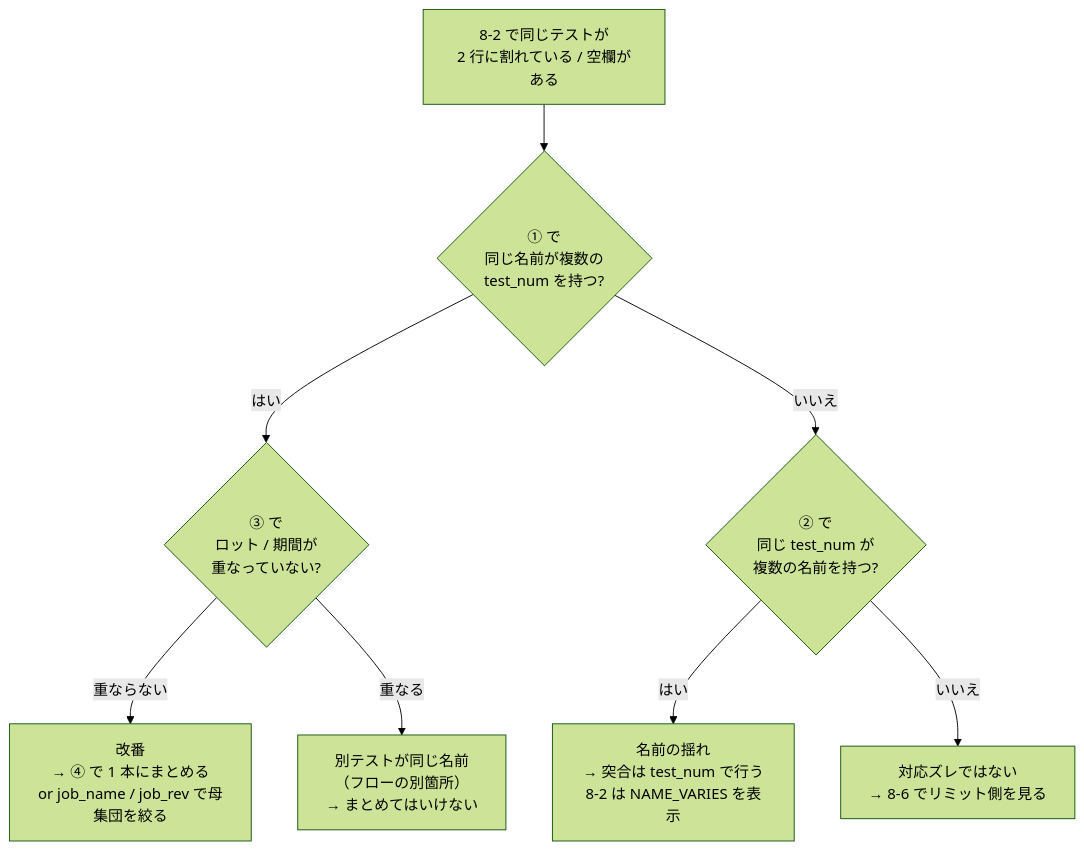
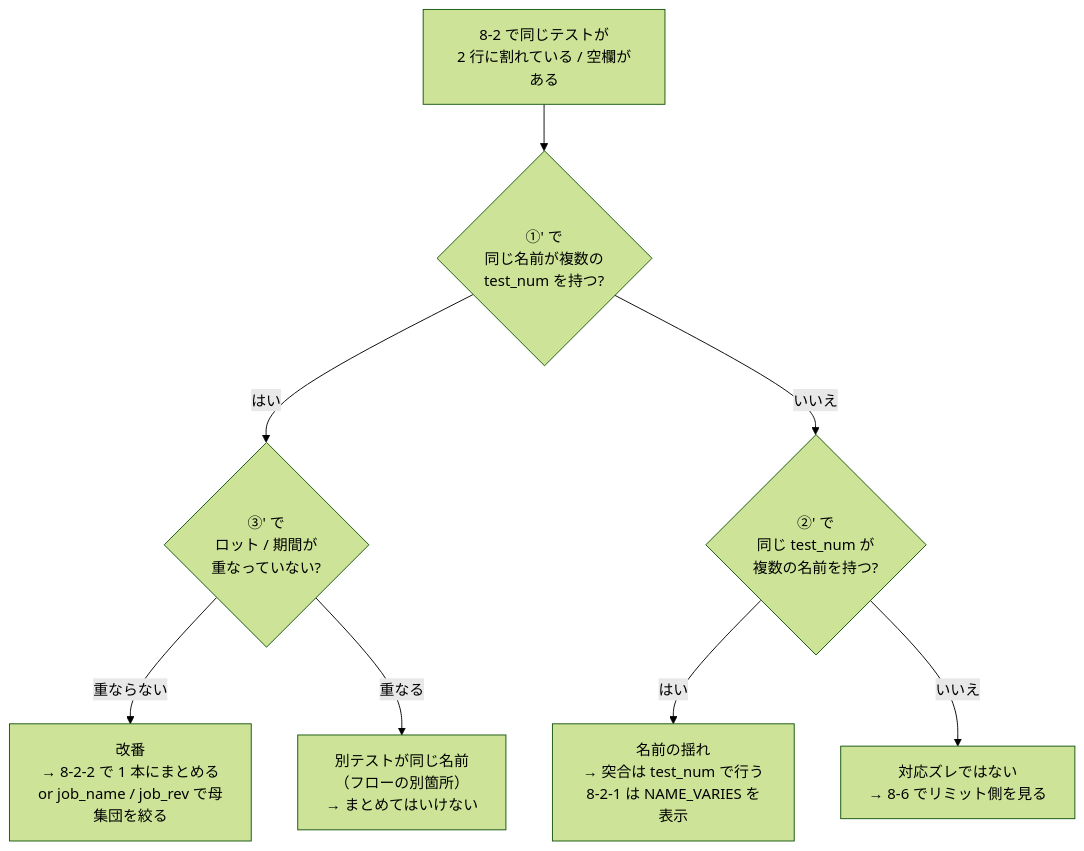
Before and after one commit to Kei0bb/STDF: the sixth of 6 diagrams in docs/sample_queries.md, drawn with Mermaid (forest theme). The commit also changed other lines of this file, not shown here.

````diff
--- a/docs/sample_queries.md
+++ b/docs/sample_queries.md
@@ -1907,10 +2477,10 @@
 ```mermaid
 flowchart TD
-    Q["8-2 で同じテストが<br/>2 行に割れている / 空欄がある"] --> A{"① で<br/>同じ名前が複数の<br/>test_num を持つ?"}
-    A -->|"はい"| R{"③ で<br/>ロット / 期間が<br/>重なっていない?"}
-    R -->|"重ならない"| C1["改番<br/>→ ④ で 1 本にまとめる<br/>or job_name / job_rev で母集団を絞る"]
+    Q["8-2 で同じテストが<br/>2 行に割れている / 空欄がある"] --> A{"①' で<br/>同じ名前が複数の<br/>test_num を持つ?"}
+    A -->|"はい"| R{"③' で<br/>ロット / 期間が<br/>重なっていない?"}
+    R -->|"重ならない"| C1["改番<br/>→ 8-2-2 で 1 本にまとめる<br/>or job_name / job_rev で母集団を絞る"]
     R -->|"重なる"| C2["別テストが同じ名前<br/>（フローの別箇所）<br/>→ まとめてはいけない"]
-    A -->|"いいえ"| B{"② で<br/>同じ test_num が<br/>複数の名前を持つ?"}
-    B -->|"はい"| C3["名前の揺れ<br/>→ 突合は test_num で行う<br/>8-2 は NAME_VARIES を表示"]
+    A -->|"いいえ"| B{"②' で<br/>同じ test_num が<br/>複数の名前を持つ?"}
+    B -->|"はい"| C3["名前の揺れ<br/>→ 突合は test_num で行う<br/>8-2-1 は NAME_VARIES を表示"]
     B -->|"いいえ"| C4["対応ズレではない<br/>→ 8-6 でリミット側を見る"]
 ```
````
